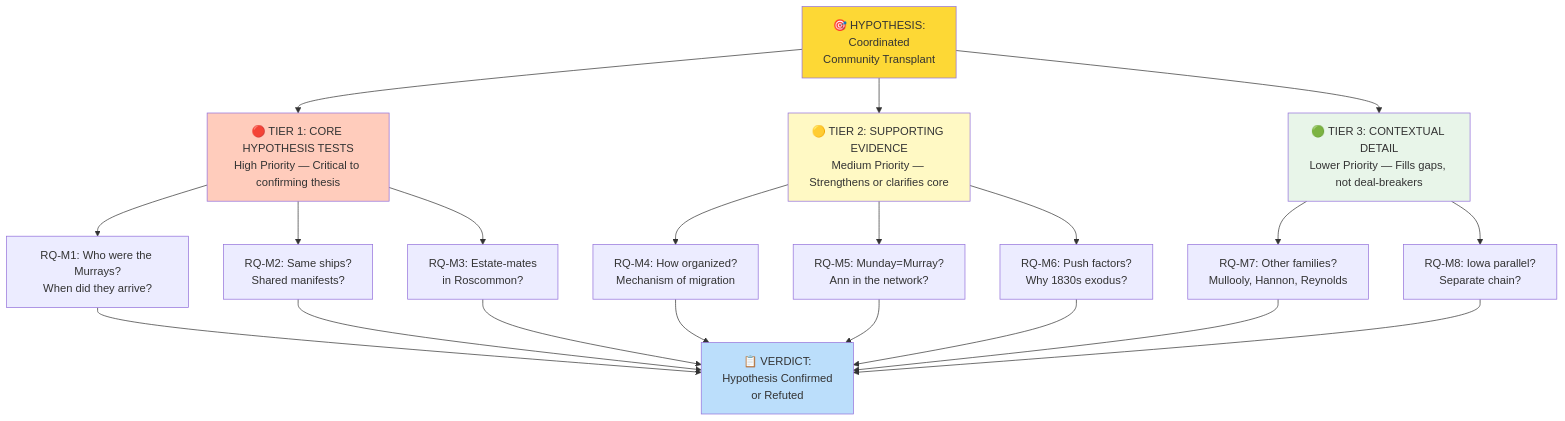
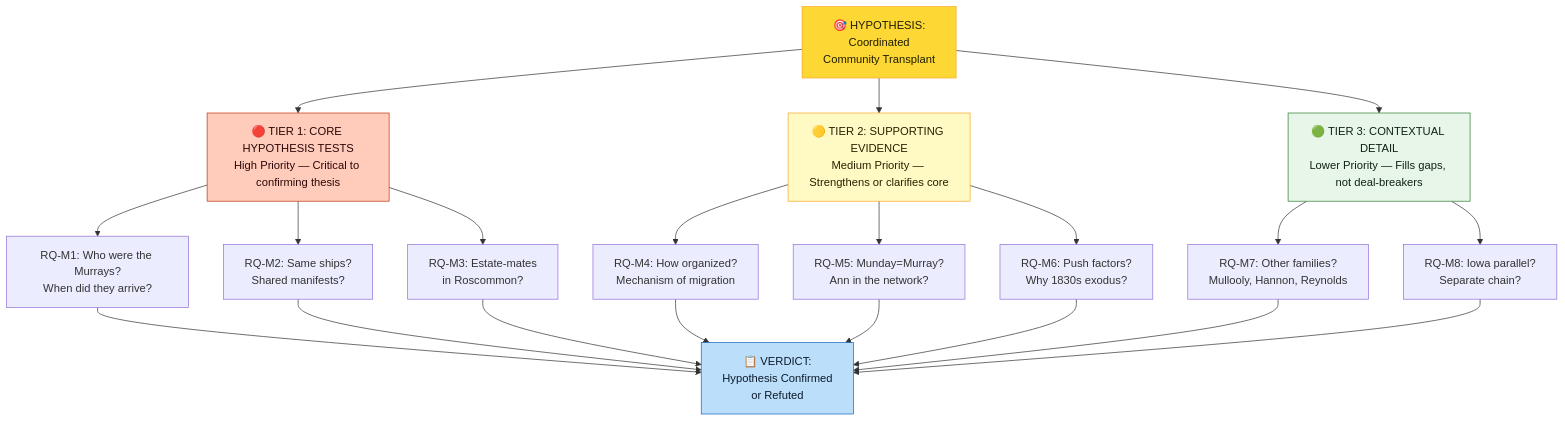
The first of 7 diagrams in Topics/Murray Settlement Research Roadmap.md (zcopley/copley-family-research), drawn with Mermaid before and after one commit. The commit also changed other lines of this file and 14 other files, not shown here.

Commit message:
Enforce Mermaid diagram contrast

````diff
--- a/Topics/Murray Settlement Research Roadmap.md
+++ b/Topics/Murray Settlement Research Roadmap.md
@@ -31,38 +31,38 @@
 ```mermaid
 graph TD
     HYPOTHESIS["🎯 HYPOTHESIS:<br/>Coordinated<br/>Community Transplant"]
     
     TIER1["🔴 TIER 1: CORE HYPOTHESIS TESTS<br/>High Priority — Critical to confirming thesis"]
     TIER2["🟡 TIER 2: SUPPORTING EVIDENCE<br/>Medium Priority — Strengthens or clarifies core"]
     TIER3["🟢 TIER 3: CONTEXTUAL DETAIL<br/>Lower Priority — Fills gaps, not deal-breakers"]
     
     HYPOTHESIS --> TIER1
     HYPOTHESIS --> TIER2
     HYPOTHESIS --> TIER3
     
     TIER1 --> RQ1["RQ-M1: Who were the Murrays?<br/>When did they arrive?"]
     TIER1 --> RQ2["RQ-M2: Same ships?<br/>Shared manifests?"]
     TIER1 --> RQ3["RQ-M3: Estate-mates<br/>in Roscommon?"]
     
     TIER2 --> RQ4["RQ-M4: How organized?<br/>Mechanism of migration"]
     TIER2 --> RQ5["RQ-M5: Munday=Murray?<br/>Ann in the network?"]
     TIER2 --> RQ6["RQ-M6: Push factors?<br/>Why 1830s exodus?"]
     
     TIER3 --> RQ7["RQ-M7: Other families?<br/>Mullooly, Hannon, Reynolds"]
     TIER3 --> RQ8["RQ-M8: Iowa parallel?<br/>Separate chain?"]
     
     RQ1 --> VERDICT["📋 VERDICT:<br/>Hypothesis Confirmed<br/>or Refuted"]
     RQ2 --> VERDICT
     RQ3 --> VERDICT
     RQ4 --> VERDICT
     RQ5 --> VERDICT
     RQ6 --> VERDICT
     RQ7 --> VERDICT
     RQ8 --> VERDICT
     
-    style HYPOTHESIS fill:#fdd835
-    style TIER1 fill:#ffccbc
-    style TIER2 fill:#fff9c4
-    style TIER3 fill:#e8f5e9
-    style VERDICT fill:#bbdefb
+    style HYPOTHESIS fill:#fdd835,stroke:#f9a825,color:#1f1d00
+    style TIER1 fill:#ffccbc,stroke:#bf360c,color:#2b0707
+    style TIER2 fill:#fff9c4,stroke:#f9a825,color:#2a2100
+    style TIER3 fill:#e8f5e9,stroke:#2e7d32,color:#102411
+    style VERDICT fill:#bbdefb,stroke:#1565c0,color:#0d1b2a
 ```
````
